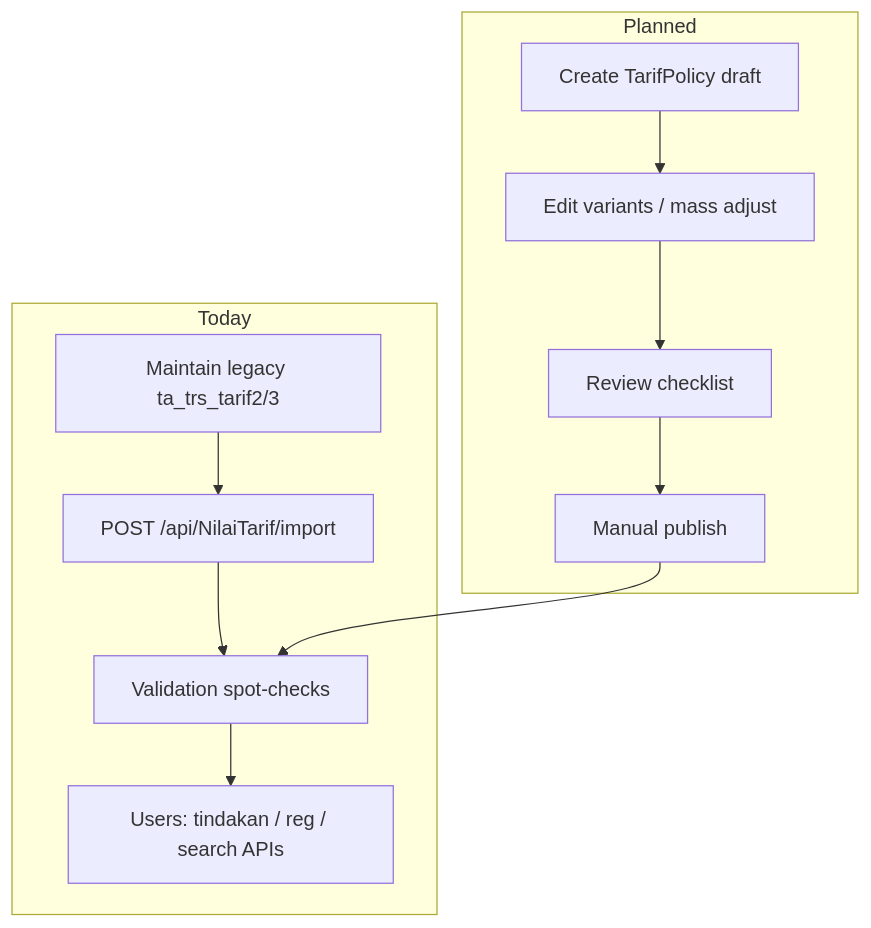
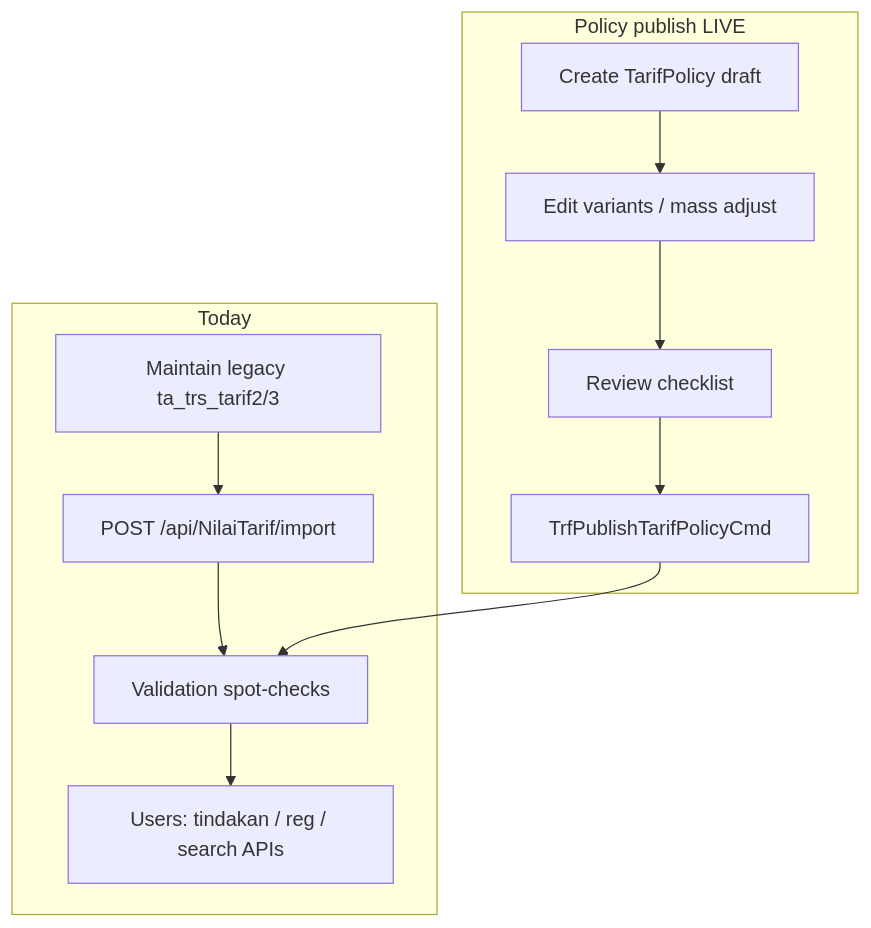
One commit to smart-ics/b09-bilreg-api changed the diagram in docs/contexts/tarif/tarif-05-runbook.md. Above: the diagram before and after it, drawn with Mermaid. The commit also changed other lines of this file and 13 other files, not shown here.

````diff
--- a/docs/contexts/tarif/tarif-05-runbook.md
+++ b/docs/contexts/tarif/tarif-05-runbook.md
@@ -21,17 +22,17 @@
 ```mermaid
 flowchart TD
     subgraph daily [Today]
         M[Maintain legacy ta_trs_tarif2/3]
         M --> I[POST /api/NilaiTarif/import]
         I --> V[Validation spot-checks]
         V --> U[Users: tindakan / reg / search APIs]
     end
 
-    subgraph future [Planned]
+    subgraph policy [Policy publish LIVE]
         D[Create TarifPolicy draft]
         D --> E[Edit variants / mass adjust]
         E --> R[Review checklist]
-        R --> P[Manual publish]
+        R --> P[TrfPublishTarifPolicyCmd]
         P --> V
     end
 ```
````
